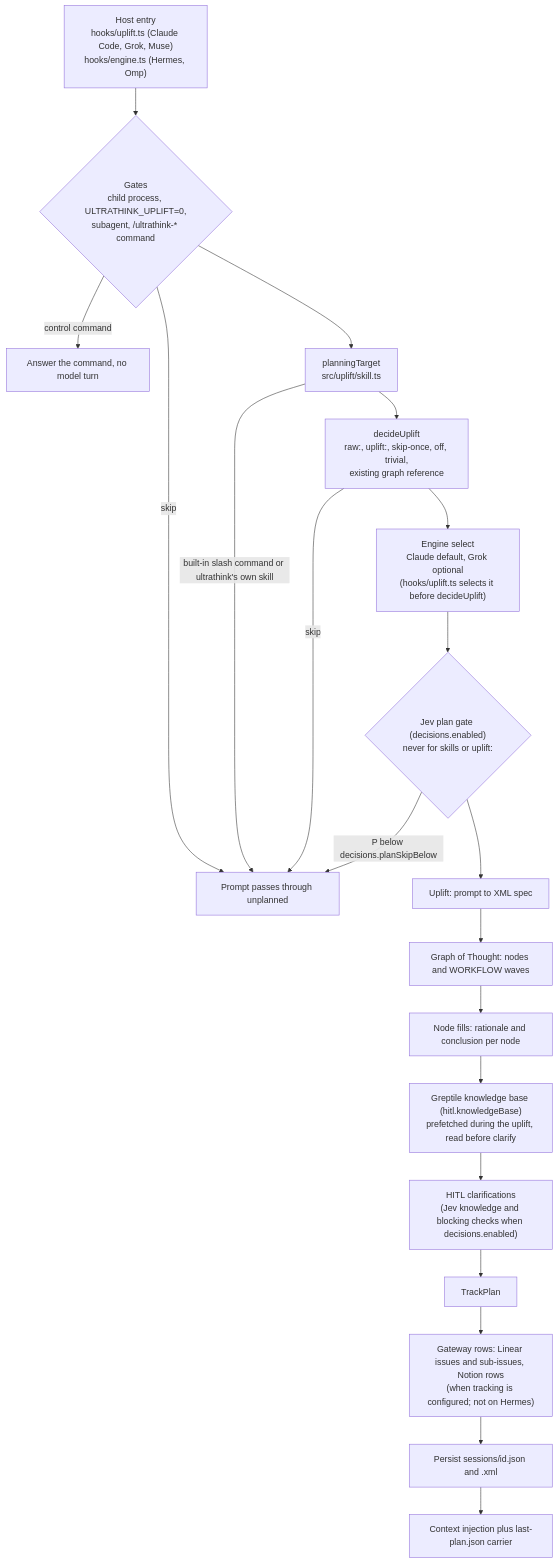
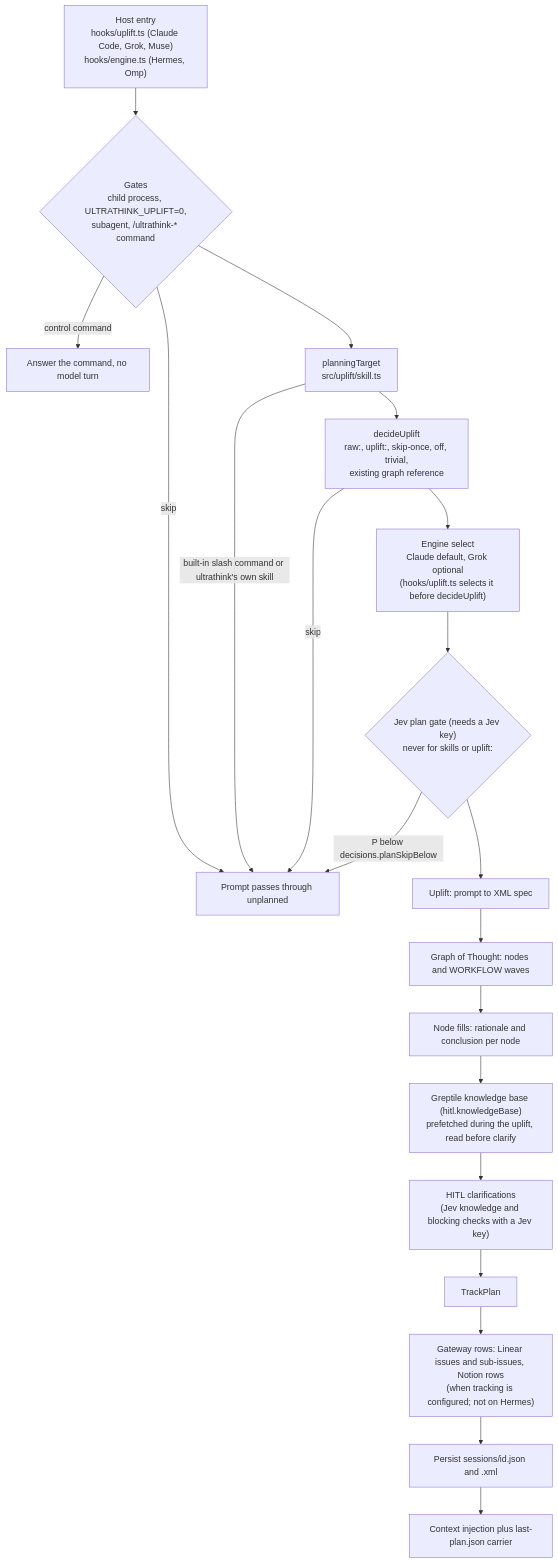
Before and after one commit to swcstudiospace/claude-ultrathink: the second of 9 diagrams in docs/architecture.md, drawn with Mermaid. The commit also changed other lines of this file and 18 other files, not shown here.

````diff
--- a/docs/architecture.md
+++ b/docs/architecture.md
@@ -104,22 +104,22 @@
 ```mermaid
 flowchart TD
     A["Host entry<br/>hooks/uplift.ts (Claude Code, Grok, Muse)<br/>hooks/engine.ts (Hermes, Omp)"] --> B{"Gates<br/>child process, ULTRATHINK_UPLIFT=0,<br/>subagent, /ultrathink-* command"}
     B -- "control command" --> R["Answer the command, no model turn"]
     B -- "skip" --> Z["Prompt passes through unplanned"]
     B --> C["planningTarget<br/>src/uplift/skill.ts"]
     C -- "built-in slash command or ultrathink's own skill" --> Z
     C --> D["decideUplift<br/>raw:, uplift:, skip-once, off, trivial,<br/>existing graph reference"]
     D -- "skip" --> Z
     D --> E["Engine select<br/>Claude default, Grok optional<br/>(hooks/uplift.ts selects it before decideUplift)"]
-    E --> JG{"Jev plan gate (decisions.enabled)<br/>never for skills or uplift:"}
+    E --> JG{"Jev plan gate (needs a Jev key)<br/>never for skills or uplift:"}
     JG -- "P below decisions.planSkipBelow" --> Z
     JG --> F["Uplift: prompt to XML spec"]
     F --> G["Graph of Thought: nodes and WORKFLOW waves"]
     G --> H["Node fills: rationale and conclusion per node"]
     H --> KB["Greptile knowledge base (hitl.knowledgeBase)<br/>prefetched during the uplift, read before clarify"]
-    KB --> I["HITL clarifications<br/>(Jev knowledge and blocking checks when decisions.enabled)"]
+    KB --> I["HITL clarifications<br/>(Jev knowledge and blocking checks with a Jev key)"]
     I --> J["TrackPlan"]
     J --> K["Gateway rows: Linear issues and sub-issues, Notion rows<br/>(when tracking is configured; not on Hermes)"]
     K --> L["Persist sessions/id.json and .xml"]
     L --> M["Context injection plus last-plan.json carrier"]
 ```
````
